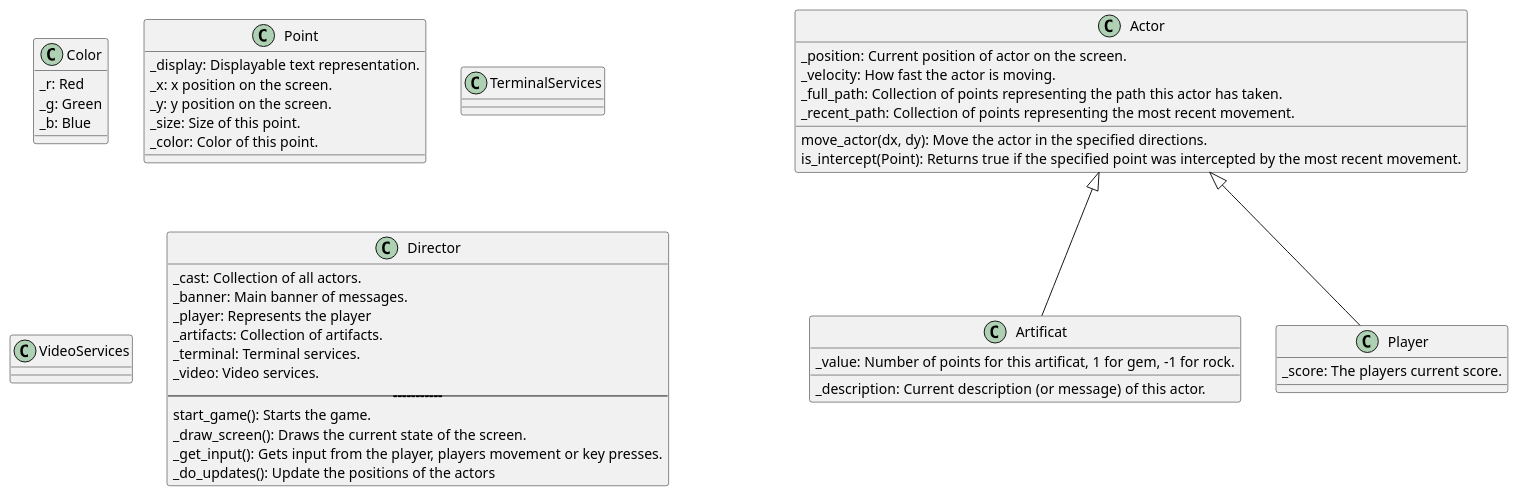
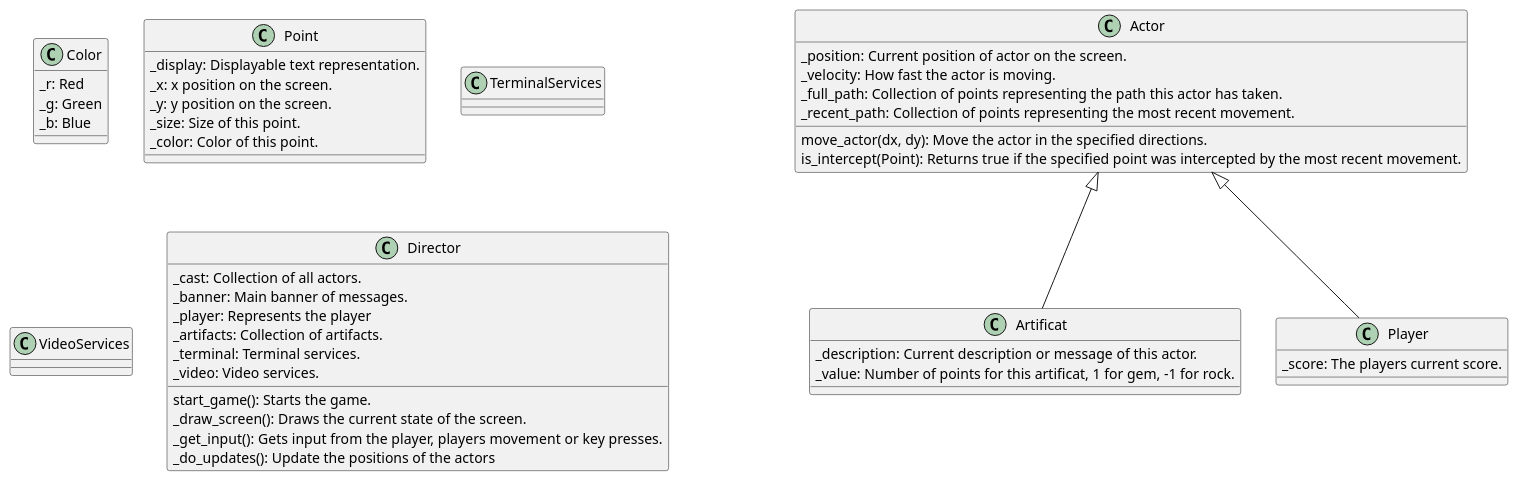
Before and after one commit to mscottreynolds/cse210-04: the diagram in Greed - Class Diagram.wsd, drawn with PlantUML. The commit also changed 2 other files, not shown here.

Commit message:
Update class diagrams and README

```diff
--- a/Greed - Class Diagram.wsd
+++ b/Greed - Class Diagram.wsd
@@ -1,62 +1,62 @@
 @startuml
 
 class Color {
     _r: Red
     _g: Green
     _b: Blue
 }
 
 class Point {
     _display: Displayable text representation.
     _x: x position on the screen.
     _y: y position on the screen.
     _size: Size of this point.
     _color: Color of this point.
 }
 
 class Actor {
     _position: Current position of actor on the screen.
     _velocity: How fast the actor is moving.
     _full_path: Collection of points representing the path this actor has taken.
     _recent_path: Collection of points representing the most recent movement.
 
     move_actor(dx, dy): Move the actor in the specified directions.
     is_intercept(Point): Returns true if the specified point was intercepted by the most recent movement.
 }
 
 class Artificat {
-    _description: Current description (or message) of this actor.
+    _description: Current description or message of this actor.
     _value: Number of points for this artificat, 1 for gem, -1 for rock.
-
 }
 
 Actor <|-- Artificat 
 
 class Player {
     _score: The players current score.
 }
 
 Actor <|-- Player
 
 class TerminalServices {
 
 }
 
 class VideoServices {
 
 }
 
 class Director {
     _cast: Collection of all actors.
     _banner: Main banner of messages.
     _player: Represents the player
     _artifacts: Collection of artifacts.
     _terminal: Terminal services.
     _video: Video services.
-    -----------------------------------------------------------
+
     start_game(): Starts the game.
     _draw_screen(): Draws the current state of the screen.
     _get_input(): Gets input from the player, players movement or key presses.
     _do_updates(): Update the positions of the actors
 }
+
 @enduml
```
